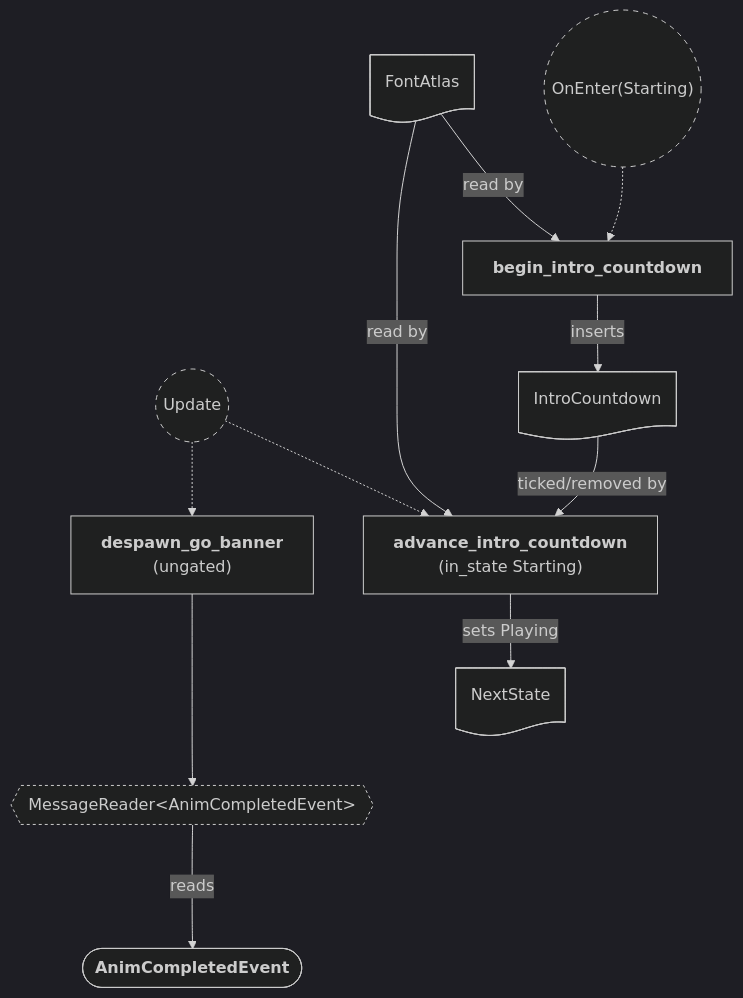
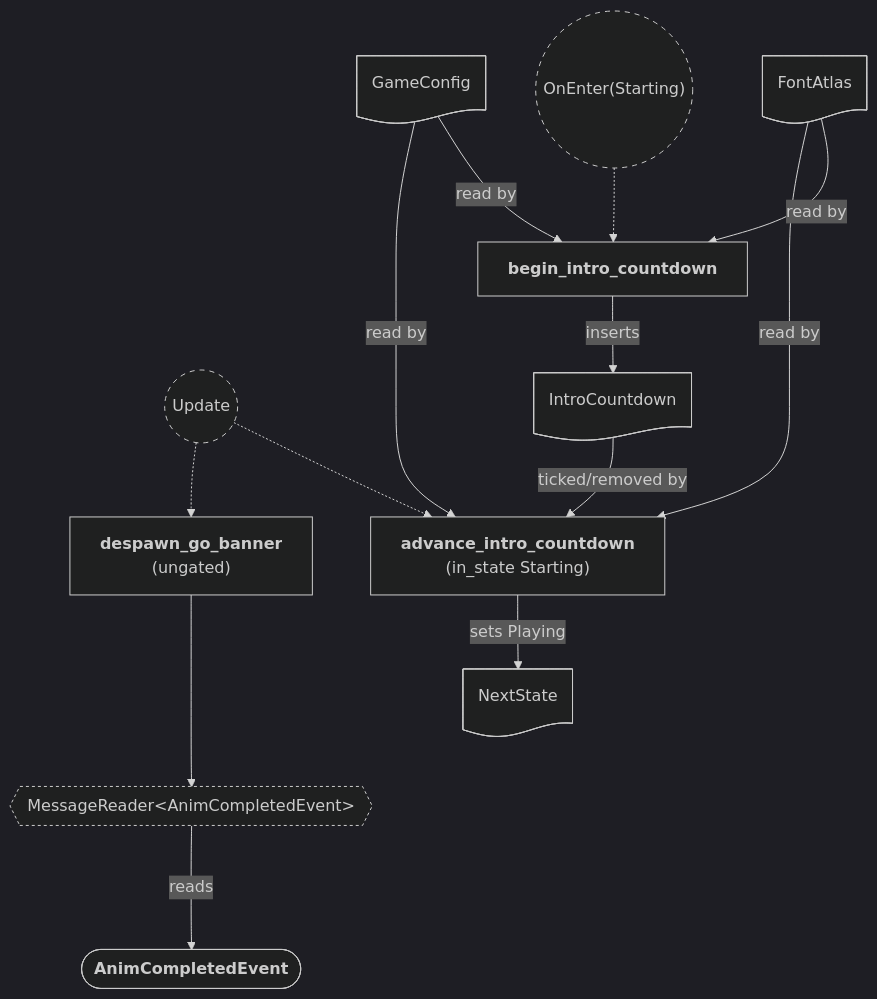
Before and after one commit to neurosoup/tyled: the diagram in backlog/docs/doc-16 - 014-Round-intro.md, drawn with Mermaid. The commit also changed other lines of this file and 29 other files, not shown here.

First line of the commit message:
Feat: consolidate tunable constants into a hot-reloadable RON game config

````diff
--- a/backlog/docs/doc-16 - 014-Round-intro.md
+++ b/backlog/docs/doc-16 - 014-Round-intro.md
@@ -62,38 +63,41 @@
 ```mermaid
 ---
 config:
   theme: dark
 ---
 
 flowchart TD
 classDef system-group stroke-dasharray: 5 5
 classDef reader stroke-dasharray: 3 3
 
 on_starting(("`OnEnter(Starting)`")):::system-group
 update(("`Update`")):::system-group
 
 begin["`**begin_intro_countdown**`"]
 advance["`**advance_intro_countdown**
 (in_state Starting)`"]
 despawn["`**despawn_go_banner**
 (ungated)`"]
 
 on_starting -.-> begin
 update -.-> advance
 update -.-> despawn
 
 font_res@{ shape: doc, label: "FontAtlas" }
+config_res@{ shape: doc, label: "GameConfig" }
 intro_res@{ shape: doc, label: "IntroCountdown" }
 next_state@{ shape: doc, label: "NextState<RoundPhase>" }
 
 despawn_reader{{"MessageReader#60;AnimCompletedEvent#62;"}}:::reader
 anim_message(["`**AnimCompletedEvent**`"])
 
 font_res --> |read by| begin
+config_res --> |read by| begin
 begin --> |inserts| intro_res
 font_res --> |read by| advance
+config_res --> |read by| advance
 intro_res --> |ticked/removed by| advance
 advance --> |sets Playing| next_state
 despawn ---> despawn_reader
 despawn_reader ---> |reads| anim_message
 ```
````
